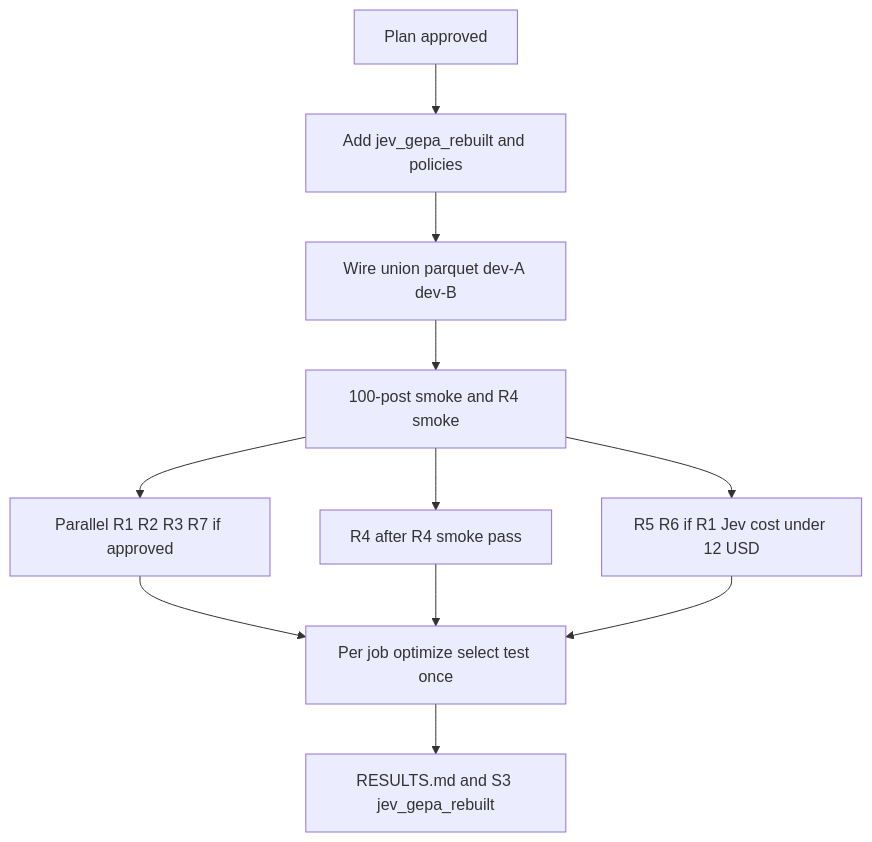
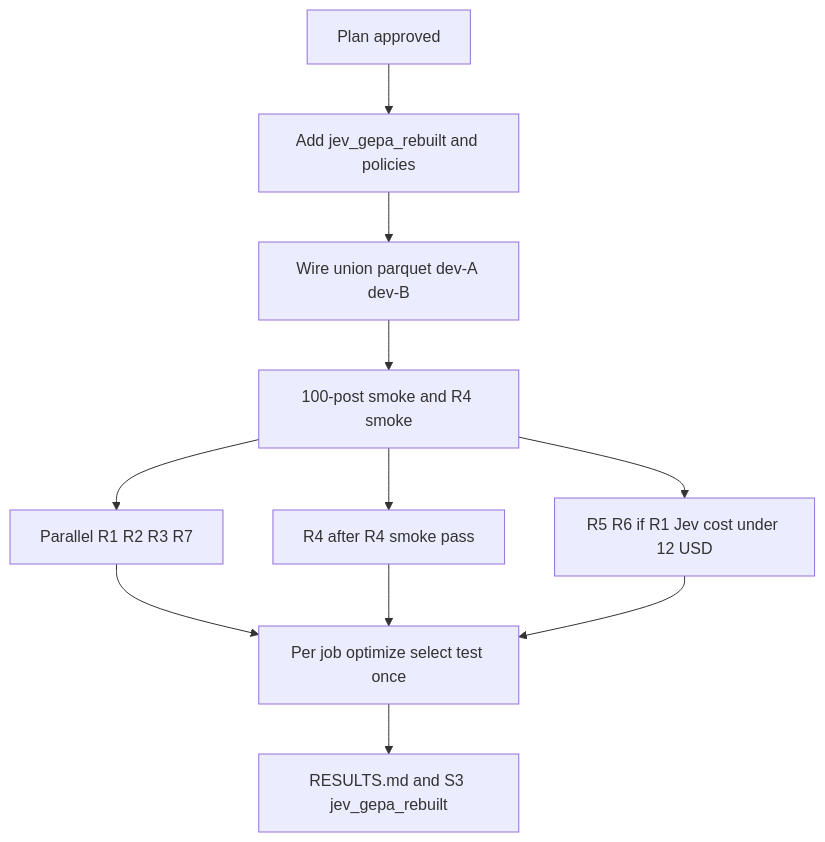
One commit to METResearchGroup/mirrorView-task changed the diagram in docs/plans/2026-09-24_rebuilt_gepa_union_66a982/plan.md. Above: the diagram before and after it, drawn with Mermaid. The commit also changed other lines of this file and 3 other files, not shown here.

````diff
--- a/docs/plans/2026-09-24_rebuilt_gepa_union_66a982/plan.md
+++ b/docs/plans/2026-09-24_rebuilt_gepa_union_66a982/plan.md
@@ -68,22 +68,22 @@
 ```mermaid
 flowchart TD
   approve[Plan approved]
   scaffold[Add jev_gepa_rebuilt and policies]
   splits[Wire union parquet dev-A dev-B]
   smoke[100-post smoke and R4 smoke]
-  wave1[Parallel R1 R2 R3 R7 if approved]
+  wave1[Parallel R1 R2 R3 R7]
   perJob[Per job optimize select test once]
   r4[R4 after R4 smoke pass]
   r56[R5 R6 if R1 Jev cost under 12 USD]
   results[RESULTS.md and S3 jev_gepa_rebuilt]
   approve --> scaffold
   scaffold --> splits
   splits --> smoke
   smoke --> wave1
   wave1 --> perJob
   smoke --> r4
   r4 --> perJob
   smoke --> r56
   r56 --> perJob
   perJob --> results
 ```
````
